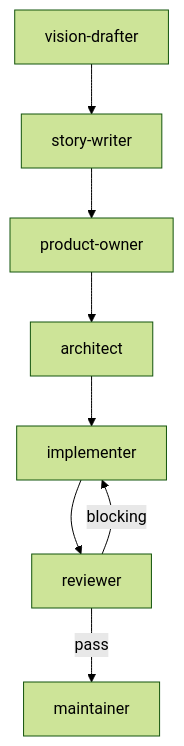
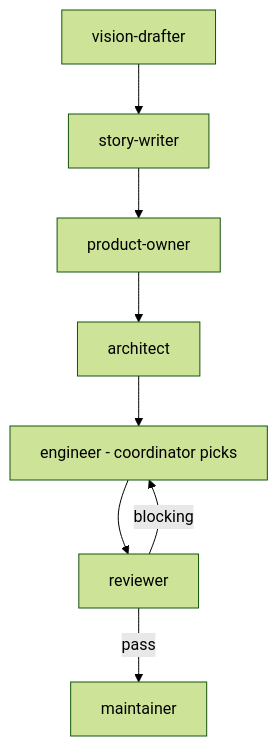
One commit to thiscantbeserious/ragts-learning-platform changed the diagram in .agents/skills/workflow/variants/chore.md. Above: the diagram before and after it, drawn with Mermaid (forest theme). The commit also changed other lines of this file and 20 other files, not shown here.

First line of the commit message:
chore(agents): remove implementer + pair-reviewer, rename frontend-designer to designer

````diff
--- a/.agents/skills/workflow/variants/chore.md
+++ b/.agents/skills/workflow/variants/chore.md
@@ -5,10 +5,10 @@
 ```mermaid
 graph TD
     VD[vision-drafter] --> SW[story-writer]
     SW --> PO1[product-owner]
     PO1 --> Arch[architect]
-    Arch --> Impl[implementer]
-    Impl --> Rev[reviewer]
+    Arch --> Eng[engineer - coordinator picks]
+    Eng --> Rev[reviewer]
     Rev -->|pass| M[maintainer]
-    Rev -->|blocking| Impl
+    Rev -->|blocking| Eng
 ```
````
